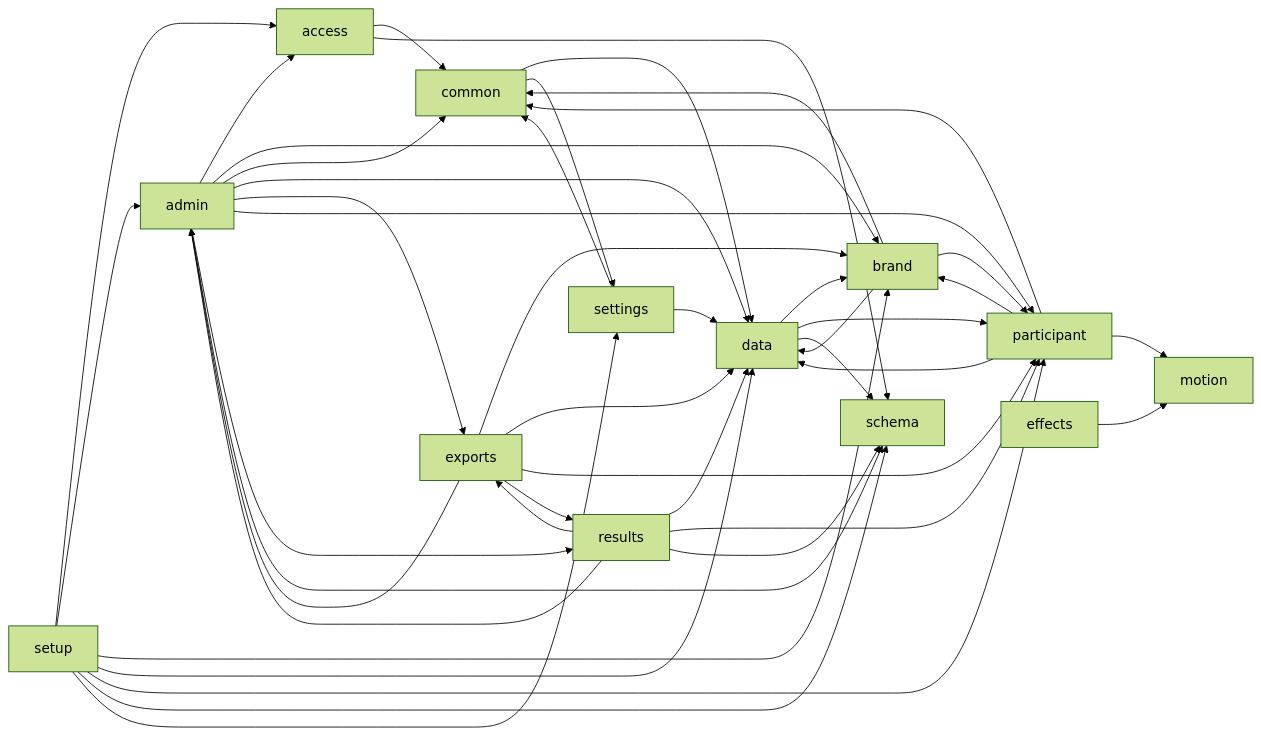
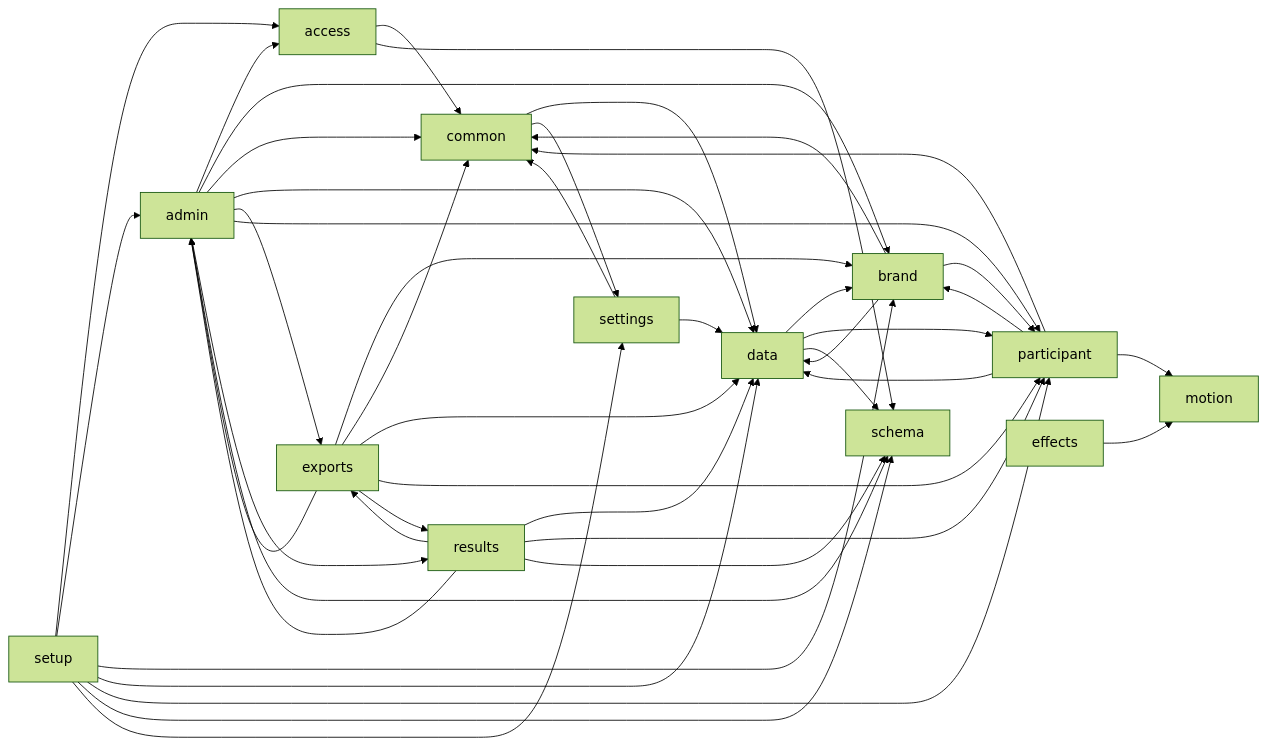
The diagram in docs/MODULES.md (satyagames/pursuit-managed-services), drawn with Mermaid (forest theme) before and after one commit. The commit also changed other lines of this file and 26 other files, not shown here.

````diff
--- a/docs/MODULES.md
+++ b/docs/MODULES.md
@@ -14,45 +14,46 @@
 ```mermaid
 flowchart LR
   access --> common
   access --> schema
   admin --> access
   admin --> brand
   admin --> common
   admin --> data
   admin --> exports
   admin --> participant
   admin --> results
   admin --> schema
   brand --> common
   brand --> data
   brand --> participant
   common --> data
   common --> settings
   data --> brand
   data --> participant
   data --> schema
   effects --> motion
   exports --> admin
   exports --> brand
+  exports --> common
   exports --> data
   exports --> participant
   exports --> results
   participant --> brand
   participant --> common
   participant --> data
   participant --> motion
   results --> admin
   results --> data
   results --> exports
   results --> participant
   results --> schema
   settings --> common
   settings --> data
   setup --> access
   setup --> admin
   setup --> brand
   setup --> data
   setup --> participant
   setup --> schema
   setup --> settings
 ```
````
